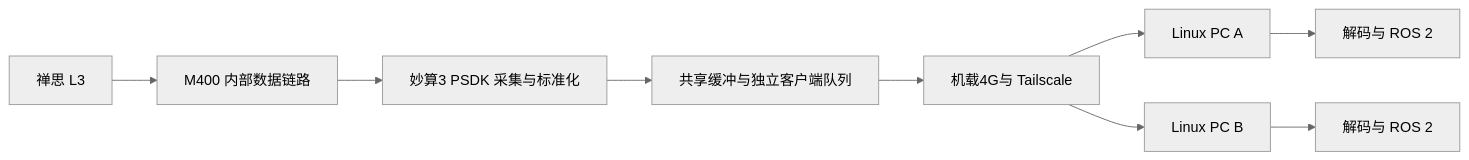
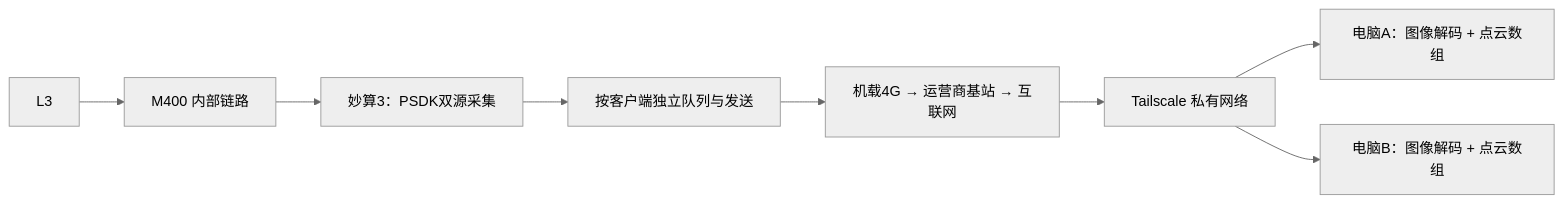
The diagram in docs/REMOTE_SYSTEM_DEVELOPMENT_PLAN.md (MrJQ-Huang/DJI_L3_develop), drawn with Mermaid (neutral theme) before and after one commit. The commit also changed other lines of this file and 20 other files, not shown here.

````diff
--- a/docs/REMOTE_SYSTEM_DEVELOPMENT_PLAN.md
+++ b/docs/REMOTE_SYSTEM_DEVELOPMENT_PLAN.md
@@ -60,11 +39,10 @@
 ```mermaid
 flowchart LR
-    L3[禅思 L3] --> M[M400 内部数据链路]
-    M --> A[妙算3 PSDK 采集与标准化]
-    A --> Q[共享缓冲与独立客户端队列]
-    Q --> N[机载4G与 Tailscale]
-    N --> P1[Linux PC A]
-    N --> P2[Linux PC B]
-    P1 --> R1[解码与 ROS 2]
-    P2 --> R2[解码与 ROS 2]
+    L[L3] --> M[M400 内部链路]
+    M --> A[妙算3：PSDK双源采集]
+    A --> Q[按客户端独立队列与发送]
+    Q --> G[机载4G → 运营商基站 → 互联网]
+    G --> T[Tailscale 私有网络]
+    T --> P1[电脑A：图像解码 + 点云数组]
+    T --> P2[电脑B：图像解码 + 点云数组]
 ```
````
